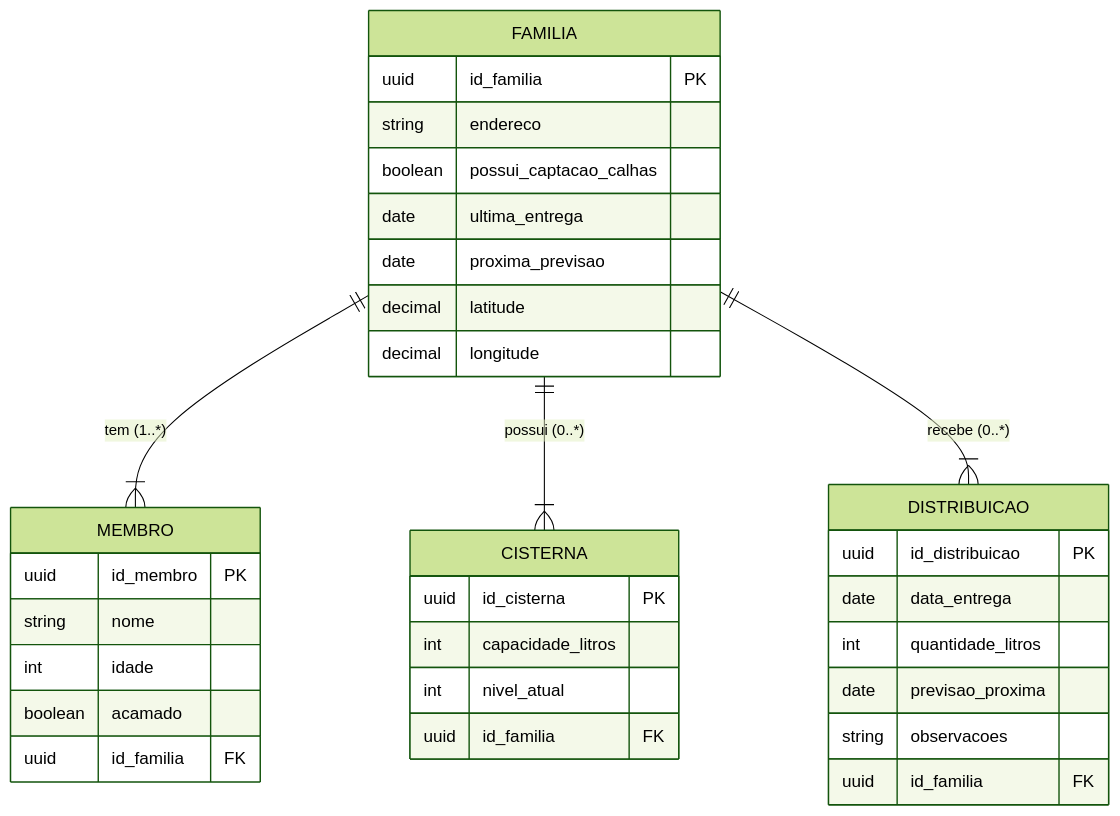
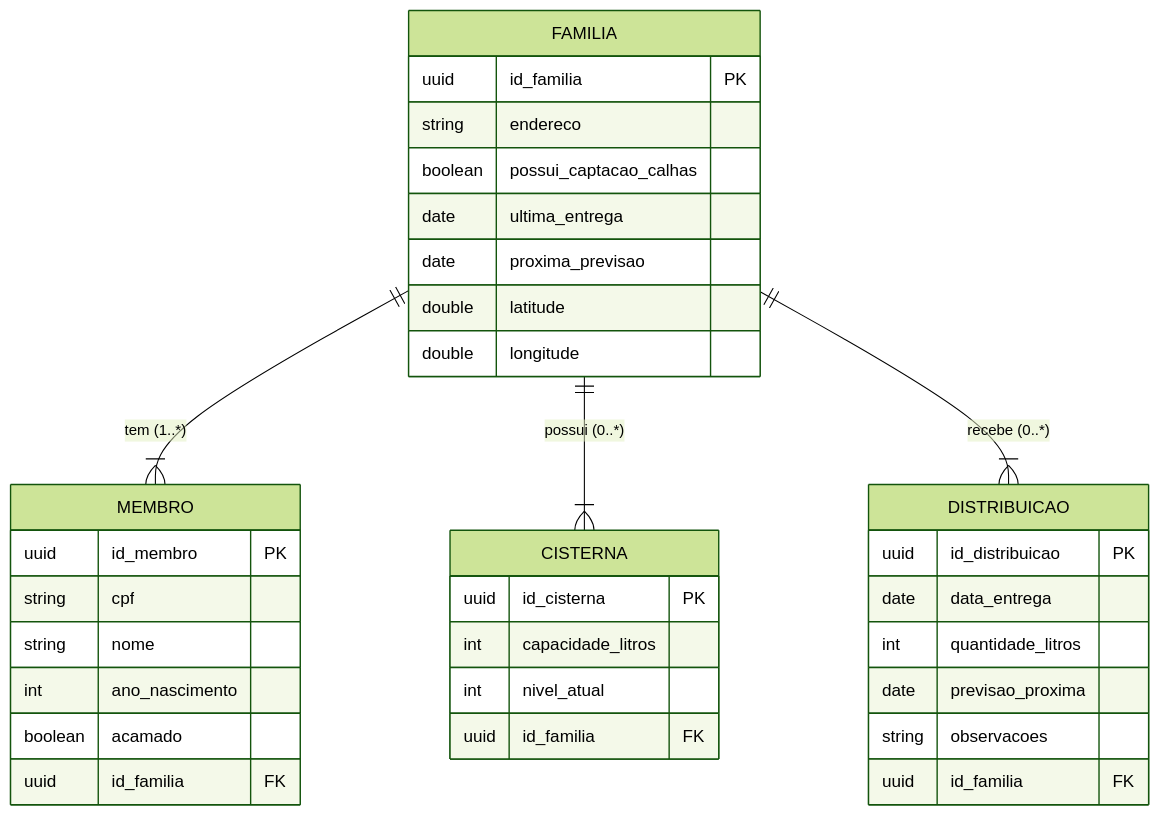
Before and after one commit to ricardoo-azevedo/Projeto-Back-End-Mais-Agua-Para-Nosso-Povo: the diagram in README.md, drawn with Mermaid (forest theme). The commit also changed 2 other files, not shown here.

Commit message:
fix: mudanças na tipagem de atributo familia

````diff
--- a/README.md
+++ b/README.md
@@ -34,40 +34,41 @@
 ```mermaid
 erDiagram
     FAMILIA {
         uuid id_familia PK
         string endereco
         boolean possui_captacao_calhas
         date ultima_entrega
         date proxima_previsao
-        decimal latitude
-        decimal longitude
+        double latitude
+        double longitude
     }
 
     MEMBRO {
         uuid id_membro PK
+        string cpf
         string nome
-        int idade
+        int ano_nascimento
         boolean acamado
         uuid id_familia FK
     }
 
     CISTERNA {
         uuid id_cisterna PK
         int capacidade_litros
         int nivel_atual
         uuid id_familia FK
     }
 
     DISTRIBUICAO {
         uuid id_distribuicao PK
         date data_entrega
         int quantidade_litros
         date previsao_proxima
         string observacoes
         uuid id_familia FK
     }
 
     FAMILIA ||--|{ MEMBRO : "tem (1..*)"
     FAMILIA ||--|{ CISTERNA : "possui (0..*)"
     FAMILIA ||--|{ DISTRIBUICAO : "recebe (0..*)"
 ```
````
